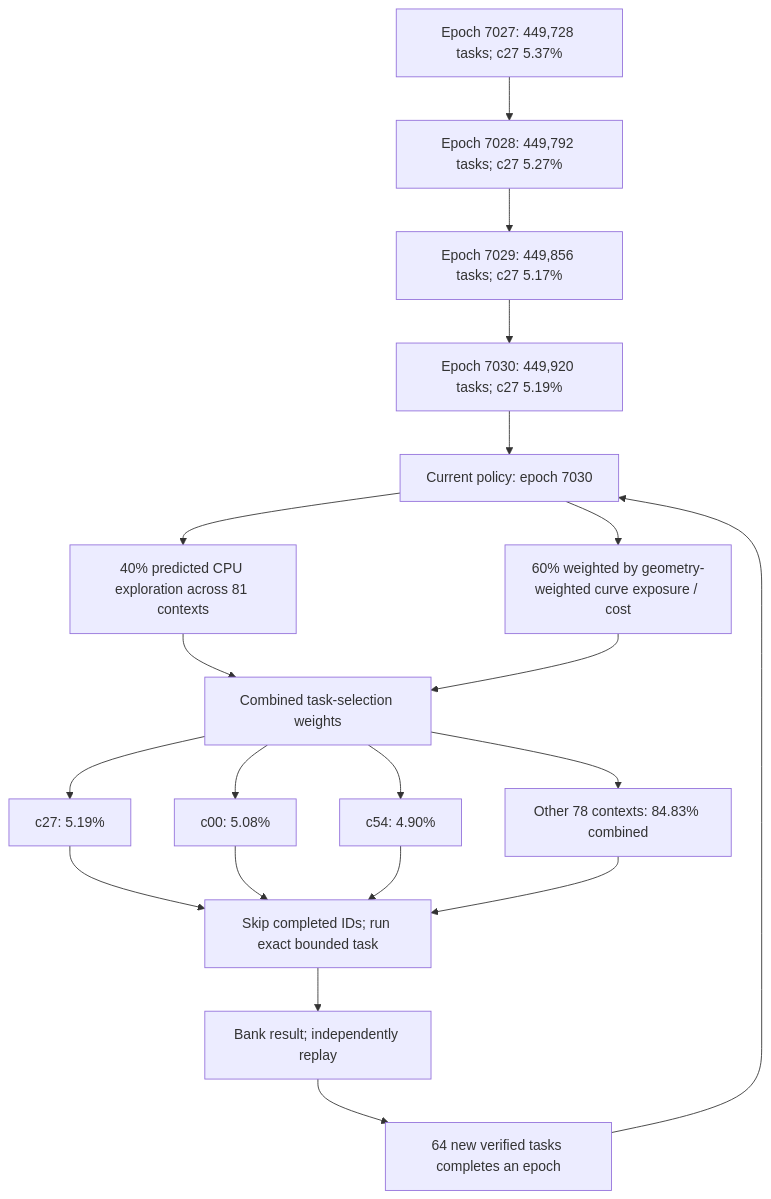
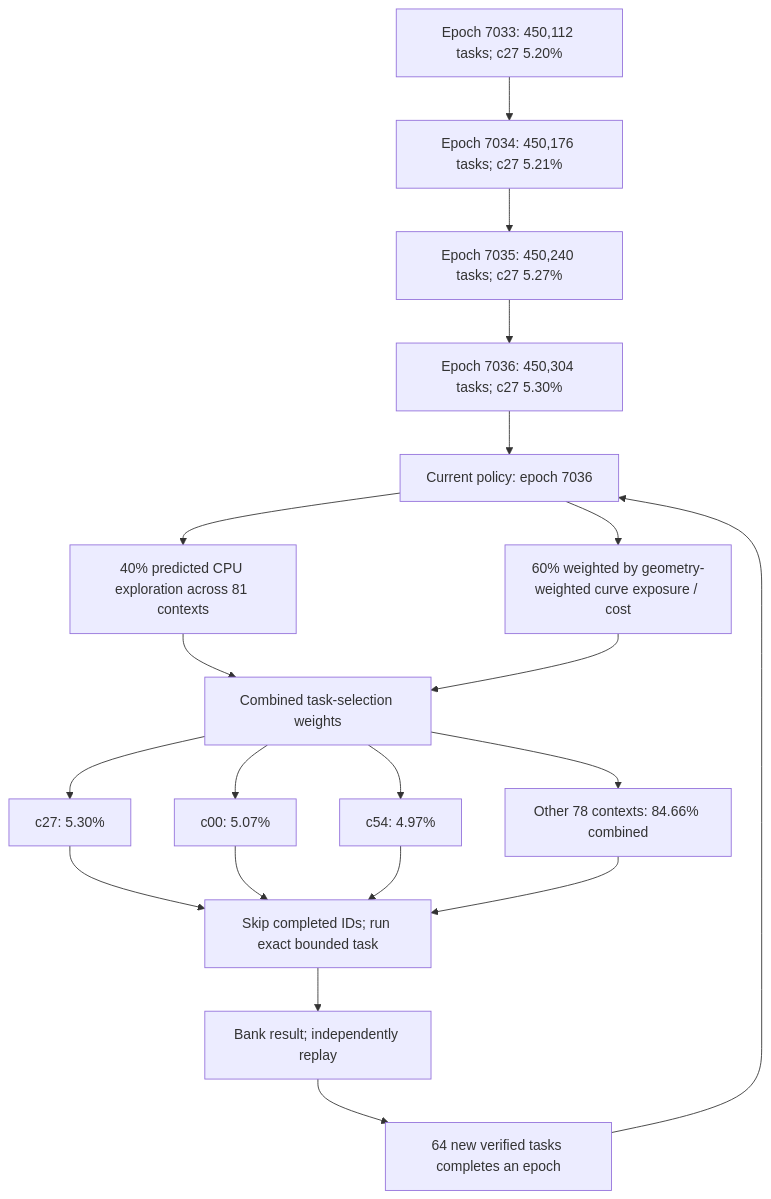
Before and after one commit to Kuberwastaken/math-gambling: the first of 4 diagrams in README.md, drawn with Mermaid. The commit also changed other lines of this file and 972 other files, not shown here.

````diff
--- a/README.md
+++ b/README.md
@@ -60,27 +60,27 @@
 ```mermaid
 flowchart TD
-    H0["Epoch 7027: 449,728 tasks; c27 5.37%"]
-    H1["Epoch 7028: 449,792 tasks; c27 5.27%"]
+    H0["Epoch 7033: 450,112 tasks; c27 5.20%"]
+    H1["Epoch 7034: 450,176 tasks; c27 5.21%"]
     H0 --> H1
-    H2["Epoch 7029: 449,856 tasks; c27 5.17%"]
+    H2["Epoch 7035: 450,240 tasks; c27 5.27%"]
     H1 --> H2
-    H3["Epoch 7030: 449,920 tasks; c27 5.19%"]
+    H3["Epoch 7036: 450,304 tasks; c27 5.30%"]
     H2 --> H3
-    Policy["Current policy: epoch 7030"]
+    Policy["Current policy: epoch 7036"]
     H3 --> Policy
     Policy --> Explore["40% predicted CPU exploration across 81 contexts"]
     Policy --> Cost["60% weighted by geometry-weighted curve exposure / cost"]
     Explore --> Mix["Combined task-selection weights"]
     Cost --> Mix
-    Mix --> C0["c27: 5.19%"]
-    Mix --> C1["c00: 5.08%"]
-    Mix --> C2["c54: 4.90%"]
-    Mix --> Rest["Other 78 contexts: 84.83% combined"]
+    Mix --> C0["c27: 5.30%"]
+    Mix --> C1["c00: 5.07%"]
+    Mix --> C2["c54: 4.97%"]
+    Mix --> Rest["Other 78 contexts: 84.66% combined"]
     C0 --> Check["Skip completed IDs; run exact bounded task"]
     C1 --> Check
     C2 --> Check
     Rest --> Check
     Check --> Replay["Bank result; independently replay"]
     Replay --> Gate["64 new verified tasks completes an epoch"]
     Gate --> Policy
 ```
````
